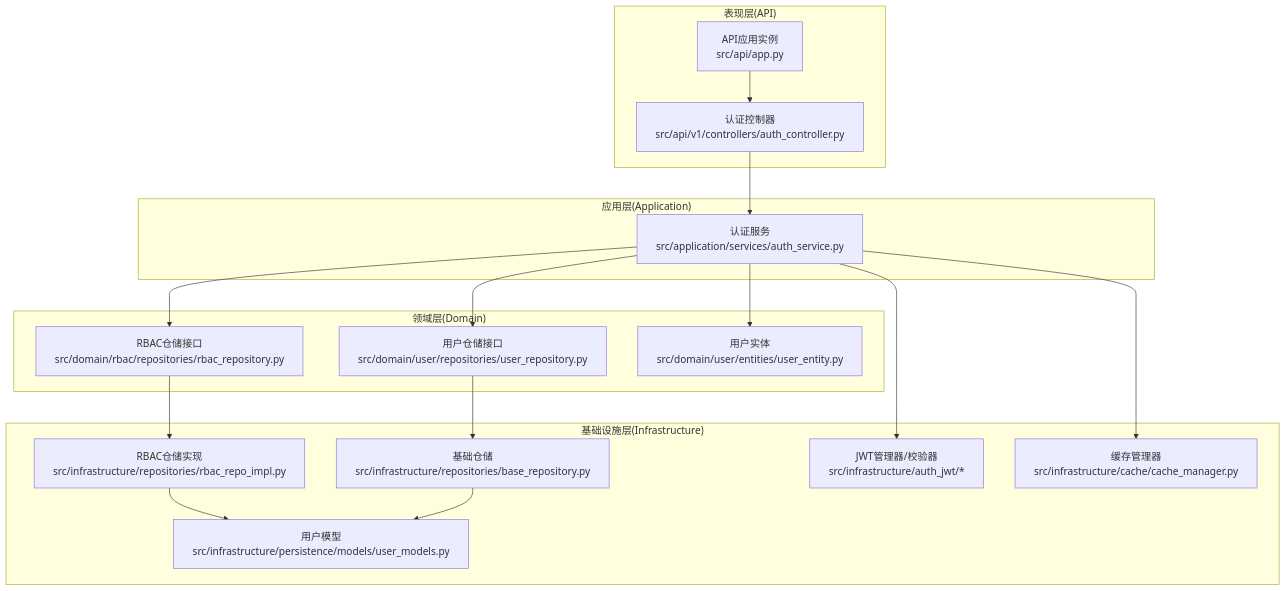
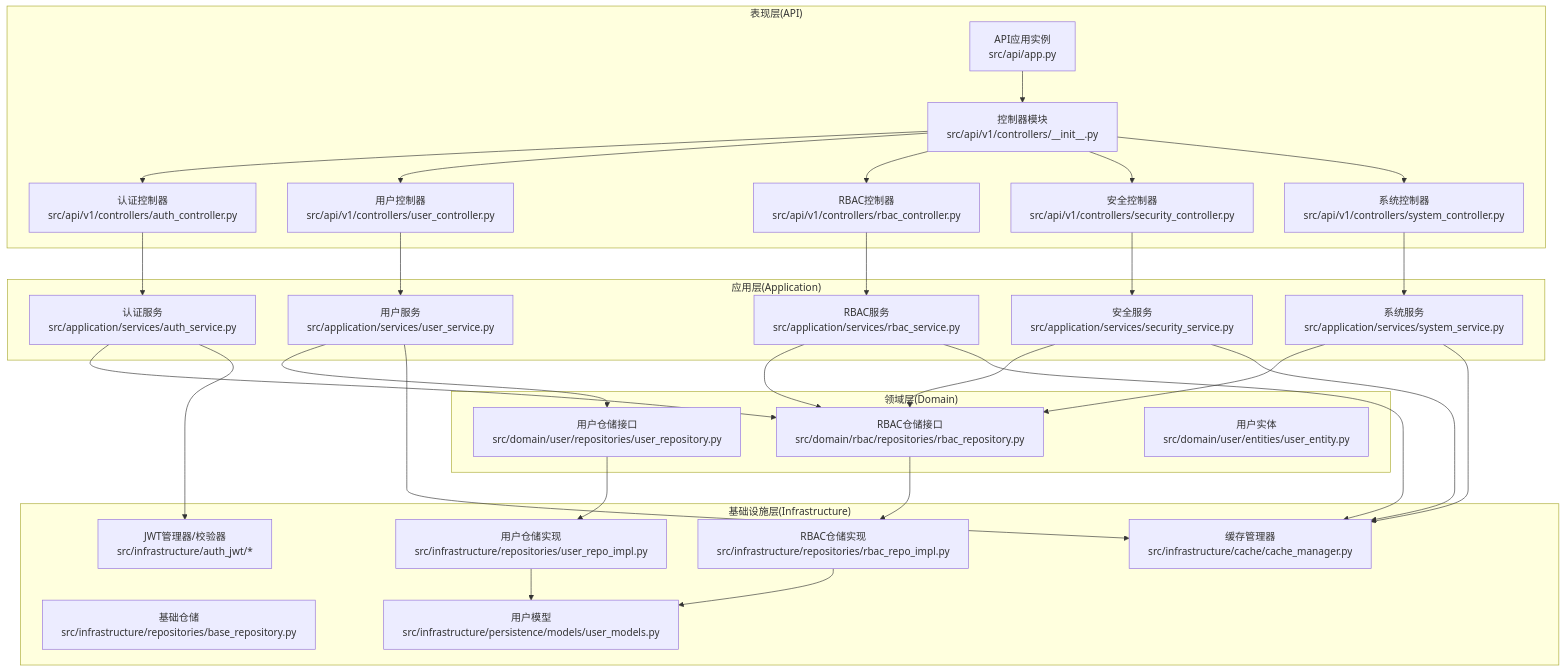
The first of 3 diagrams in .qoder/repowiki/zh/content/架构设计/架构设计.md (taoweidong/Hello-Django-Ninja-Api), drawn with Mermaid before and after one commit. The commit also changed other lines of this file and 7 other files, not shown here.

````diff
--- a/.qoder/repowiki/zh/content/架构设计/架构设计.md
+++ b/.qoder/repowiki/zh/content/架构设计/架构设计.md
@@ -40,33 +59,57 @@
 ```mermaid
 graph TB
 subgraph "表现层(API)"
 A1["API应用实例<br/>src/api/app.py"]
-A2["认证控制器<br/>src/api/v1/controllers/auth_controller.py"]
+A2["控制器模块<br/>src/api/v1/controllers/__init__.py"]
+A3["认证控制器<br/>src/api/v1/controllers/auth_controller.py"]
+A4["用户控制器<br/>src/api/v1/controllers/user_controller.py"]
+A5["RBAC控制器<br/>src/api/v1/controllers/rbac_controller.py"]
+A6["安全控制器<br/>src/api/v1/controllers/security_controller.py"]
+A7["系统控制器<br/>src/api/v1/controllers/system_controller.py"]
 end
 subgraph "应用层(Application)"
 B1["认证服务<br/>src/application/services/auth_service.py"]
+B2["用户服务<br/>src/application/services/user_service.py"]
+B3["RBAC服务<br/>src/application/services/rbac_service.py"]
+B4["安全服务<br/>src/application/services/security_service.py"]
+B5["系统服务<br/>src/application/services/system_service.py"]
 end
 subgraph "领域层(Domain)"
 C1["RBAC仓储接口<br/>src/domain/rbac/repositories/rbac_repository.py"]
 C2["用户仓储接口<br/>src/domain/user/repositories/user_repository.py"]
 C3["用户实体<br/>src/domain/user/entities/user_entity.py"]
 end
 subgraph "基础设施层(Infrastructure)"
 D1["RBAC仓储实现<br/>src/infrastructure/repositories/rbac_repo_impl.py"]
-D2["基础仓储<br/>src/infrastructure/repositories/base_repository.py"]
-D3["用户模型<br/>src/infrastructure/persistence/models/user_models.py"]
-D4["JWT管理器/校验器<br/>src/infrastructure/auth_jwt/*"]
-D5["缓存管理器<br/>src/infrastructure/cache/cache_manager.py"]
+D2["用户仓储实现<br/>src/infrastructure/repositories/user_repo_impl.py"]
+D3["基础仓储<br/>src/infrastructure/repositories/base_repository.py"]
+D4["用户模型<br/>src/infrastructure/persistence/models/user_models.py"]
+D5["JWT管理器/校验器<br/>src/infrastructure/auth_jwt/*"]
+D6["缓存管理器<br/>src/infrastructure/cache/cache_manager.py"]
 end
 A1 --> A2
-A2 --> B1
+A2 --> A3
+A2 --> A4
+A2 --> A5
+A2 --> A6
+A2 --> A7
+A3 --> B1
+A4 --> B2
+A5 --> B3
+A6 --> B4
+A7 --> B5
 B1 --> C1
-B1 --> C2
-B1 --> C3
+B2 --> C2
+B3 --> C1
+B4 --> C1
+B5 --> C1
 C1 --> D1
 C2 --> D2
-D1 --> D3
-D2 --> D3
-B1 --> D4
+D1 --> D4
+D2 --> D4
 B1 --> D5
+B2 --> D6
+B3 --> D6
+B4 --> D6
+B5 --> D6
 ```
````
